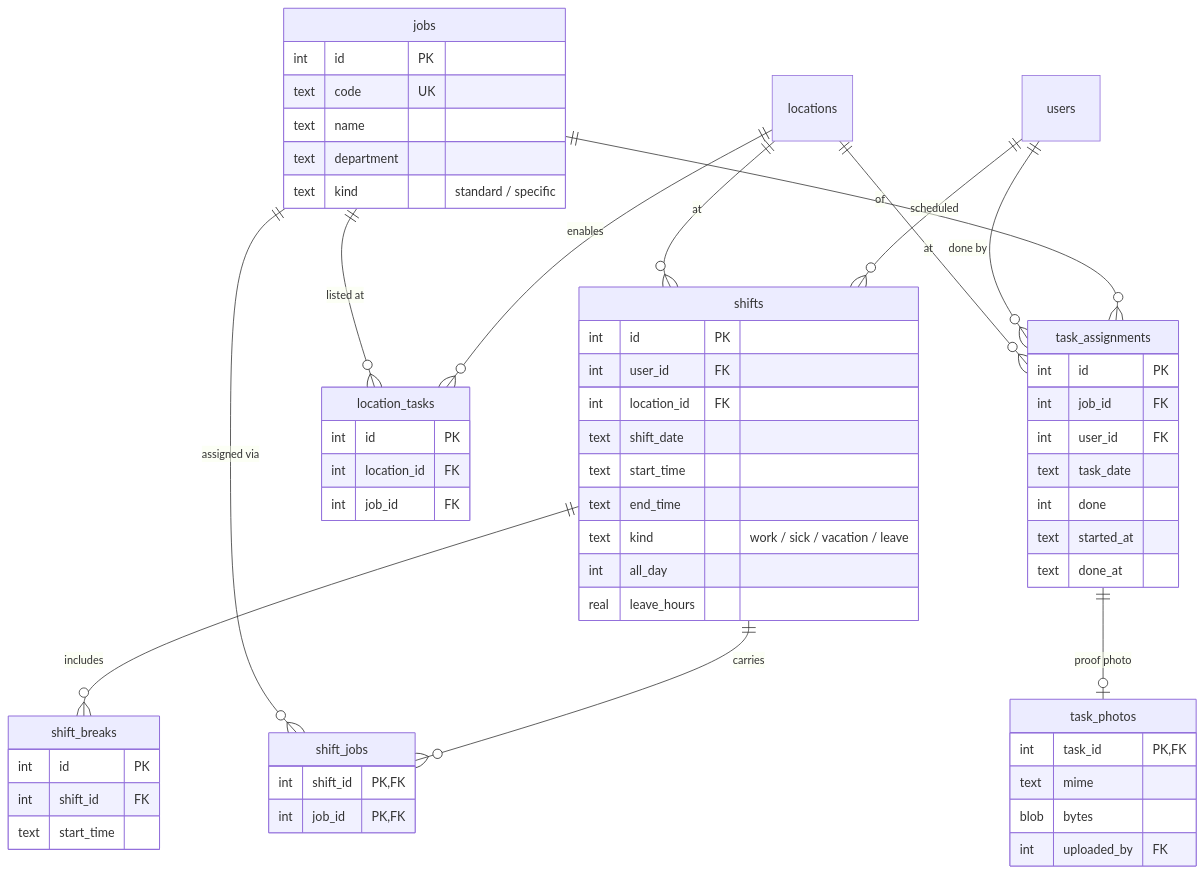
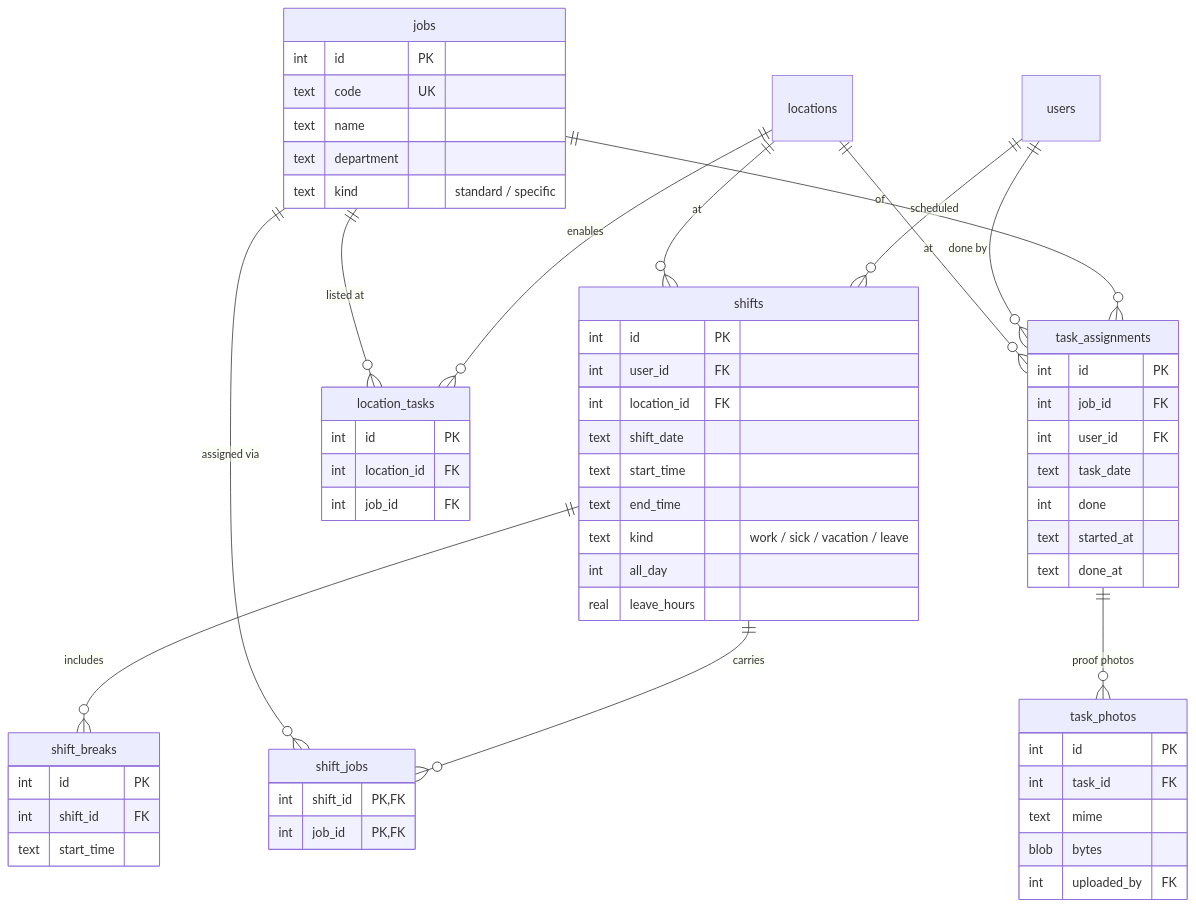
The fourth of 16 diagrams in docs/HANDBOOK.md (nolanle-gmail/pho-ha-noi), drawn with Mermaid before and after one commit. The commit also changed other lines of this file and 9 other files, not shown here.

First line of the commit message:
Day tasks: multiple proof photos + manager gallery

````diff
--- a/docs/HANDBOOK.md
+++ b/docs/HANDBOOK.md
@@ -233,61 +234,62 @@
 ```mermaid
 erDiagram
   users ||--o{ shifts : "scheduled"
   locations ||--o{ shifts : "at"
   shifts ||--o{ shift_jobs : "carries"
   jobs ||--o{ shift_jobs : "assigned via"
   shifts ||--o{ shift_breaks : "includes"
   locations ||--o{ location_tasks : "enables"
   jobs ||--o{ location_tasks : "listed at"
   jobs ||--o{ task_assignments : "of"
   users ||--o{ task_assignments : "done by"
   locations ||--o{ task_assignments : "at"
-  task_assignments ||--o| task_photos : "proof photo"
+  task_assignments ||--o{ task_photos : "proof photos"
   jobs {
     int id PK
     text code UK
     text name
     text department
     text kind "standard / specific"
   }
   shifts {
     int id PK
     int user_id FK
     int location_id FK
     text shift_date
     text start_time
     text end_time
     text kind "work / sick / vacation / leave"
     int all_day
     real leave_hours
   }
   shift_jobs {
     int shift_id PK,FK
     int job_id PK,FK
   }
   shift_breaks {
     int id PK
     int shift_id FK
     text start_time
   }
   task_assignments {
     int id PK
     int job_id FK
     int user_id FK
     text task_date
     int done
     text started_at
     text done_at
   }
   task_photos {
-    int task_id PK,FK
+    int id PK
+    int task_id FK
     text mime
     blob bytes
     int uploaded_by FK
   }
   location_tasks {
     int id PK
     int location_id FK
     int job_id FK
   }
 ```
````
